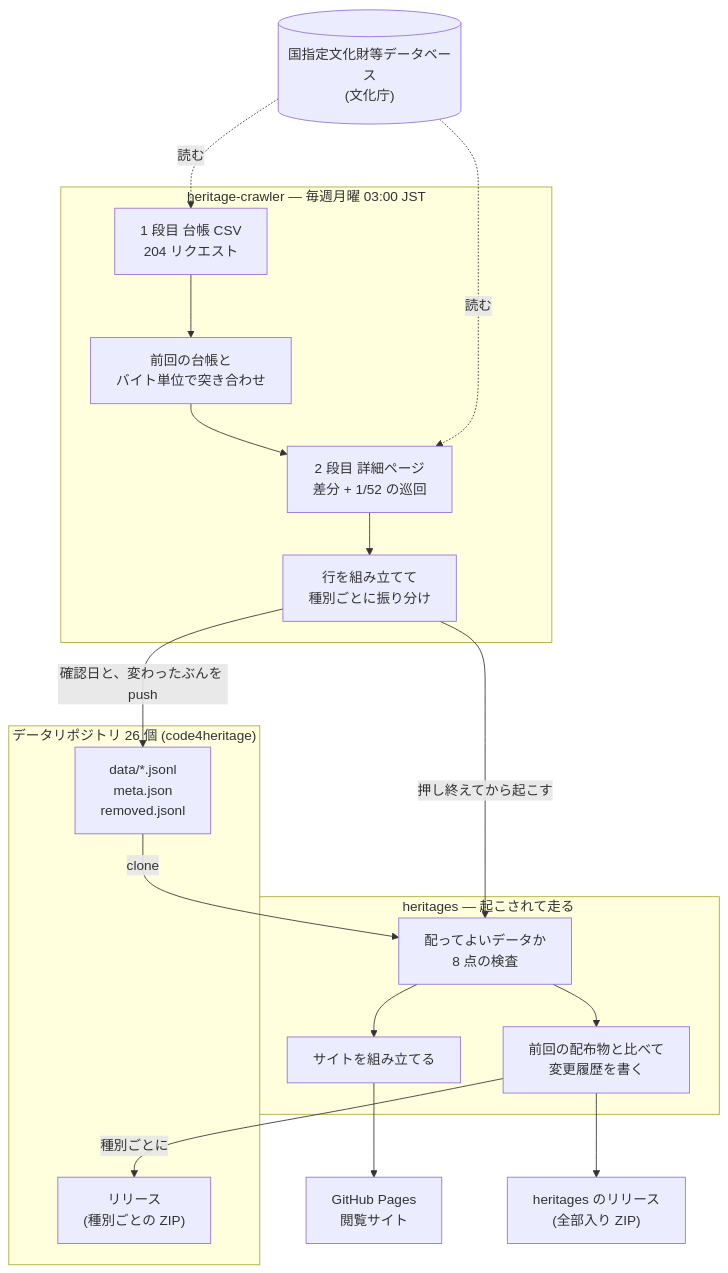
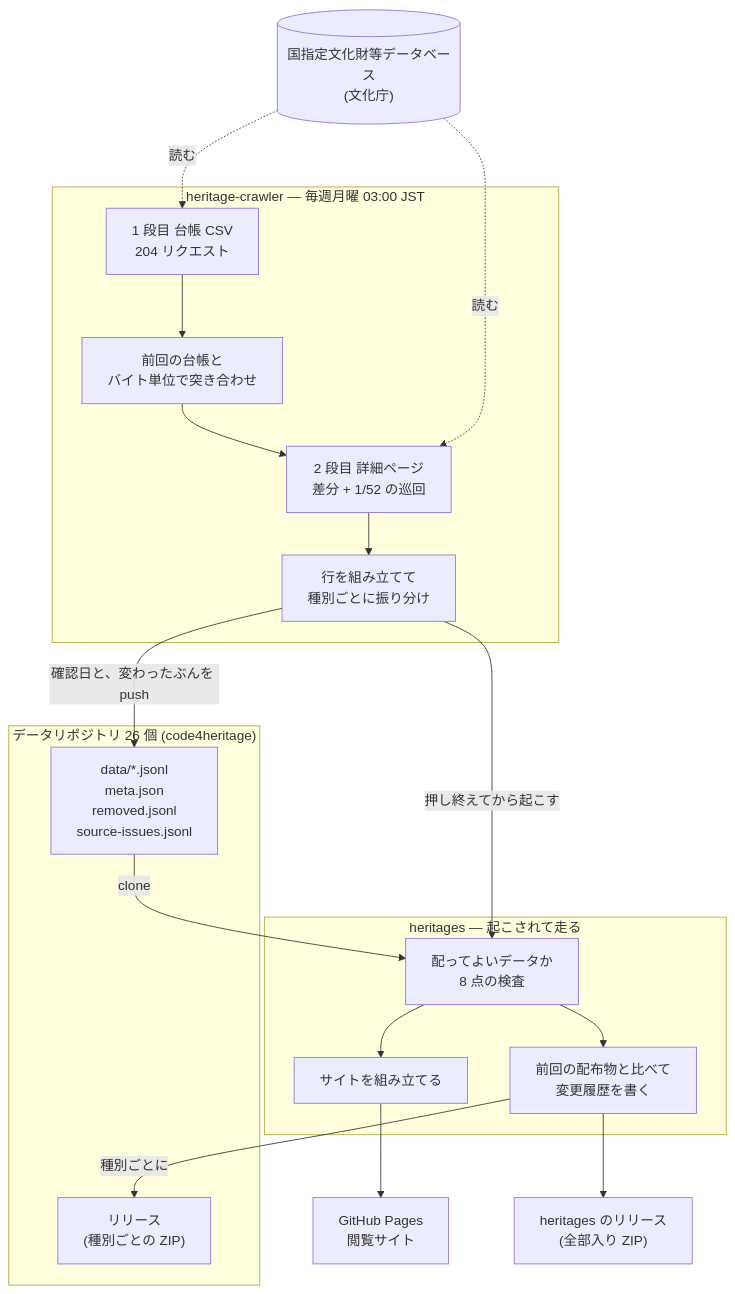
Before and after one commit to shinyaoguri/heritage-crawler: the diagram in docs/pipeline.md, drawn with Mermaid. The commit also changed other lines of this file and 22 other files, not shown here.

First line of the commit message:
fix: データベース側の不具合を行の印と source-issues.jsonl で名指しする (#113)

````diff
--- a/docs/pipeline.md
+++ b/docs/pipeline.md
@@ -39,37 +39,37 @@
 ```mermaid
 flowchart TD
     DB[("国指定文化財等データベース<br/>(文化庁)")]
 
     subgraph CR["heritage-crawler — 毎週月曜 03:00 JST"]
         L["1 段目 台帳 CSV<br/>204 リクエスト"]
         D["前回の台帳と<br/>バイト単位で突き合わせ"]
         F["2 段目 詳細ページ<br/>差分 + 1/52 の巡回"]
         B["行を組み立てて<br/>種別ごとに振り分け"]
         L --> D --> F --> B
     end
 
     subgraph DR["データリポジトリ 26 個 (code4heritage)"]
-        J["data/*.jsonl<br/>meta.json<br/>removed.jsonl"]
+        J["data/*.jsonl<br/>meta.json<br/>removed.jsonl<br/>source-issues.jsonl"]
         RZ["リリース<br/>(種別ごとの ZIP)"]
     end
 
     subgraph HS["heritages — 起こされて走る"]
         C["配ってよいデータか<br/>8 点の検査"]
         P["サイトを組み立てる"]
         A["前回の配布物と比べて<br/>変更履歴を書く"]
         C --> P
         C --> A
     end
 
     PG["GitHub Pages<br/>閲覧サイト"]
     AZ["heritages のリリース<br/>(全部入り ZIP)"]
 
     DB -.->|"読む"| L
     DB -.->|"読む"| F
     B -->|"確認日と、変わったぶんを push"| J
     B -->|"押し終えてから起こす"| C
     J -->|"clone"| C
     P --> PG
     A --> AZ
     A -->|"種別ごとに"| RZ
 ```
````
